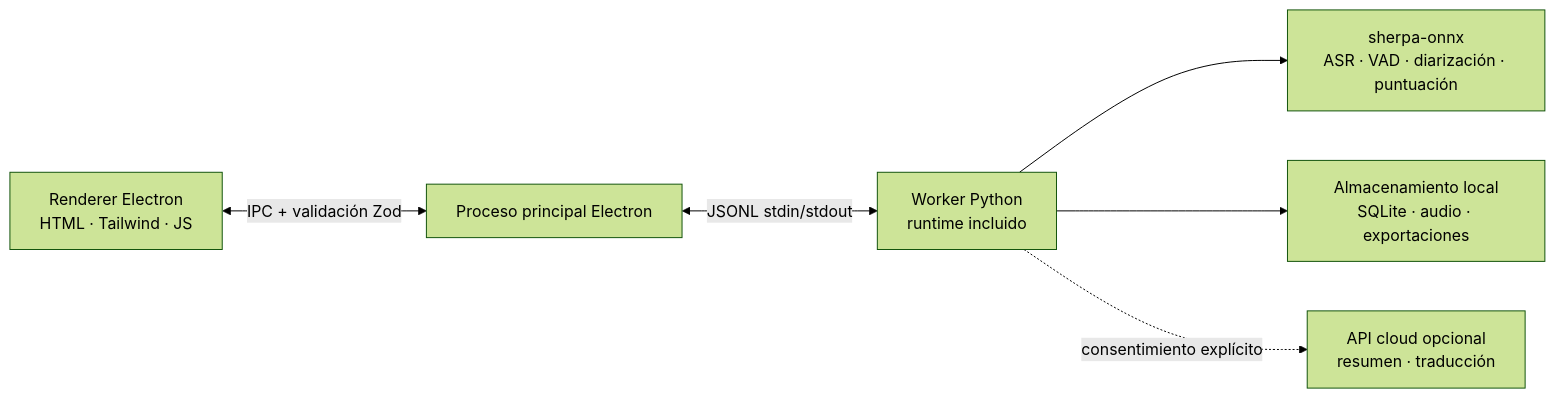
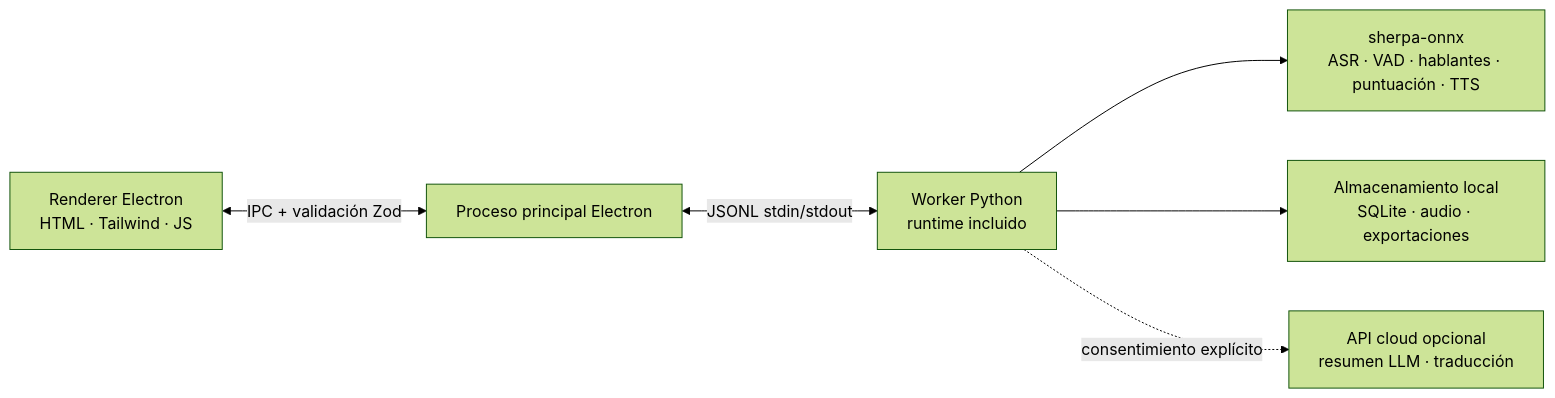
One commit to zerolovesea/Brevia changed the diagram in docs/README.es.md. Above: the diagram before and after it, drawn with Mermaid (forest theme). The commit also changed other lines of this file and 44 other files, not shown here.

````diff
--- a/docs/README.es.md
+++ b/docs/README.es.md
@@ -55,8 +76,8 @@
 ```mermaid
 flowchart LR
   A[Renderer Electron<br/>HTML · Tailwind · JS] <-->|IPC + validación Zod| B[Proceso principal Electron]
   B <-->|JSONL stdin/stdout| C[Worker Python<br/>runtime incluido]
-  C --> D[sherpa-onnx<br/>ASR · VAD · diarización · puntuación]
+  C --> D[sherpa-onnx<br/>ASR · VAD · hablantes · puntuación · TTS]
   C --> E[Almacenamiento local<br/>SQLite · audio · exportaciones]
-  C -. consentimiento explícito .-> F[API cloud opcional<br/>resumen · traducción]
+  C -. consentimiento explícito .-> F[API cloud opcional<br/>resumen LLM · traducción]
 ```
````
